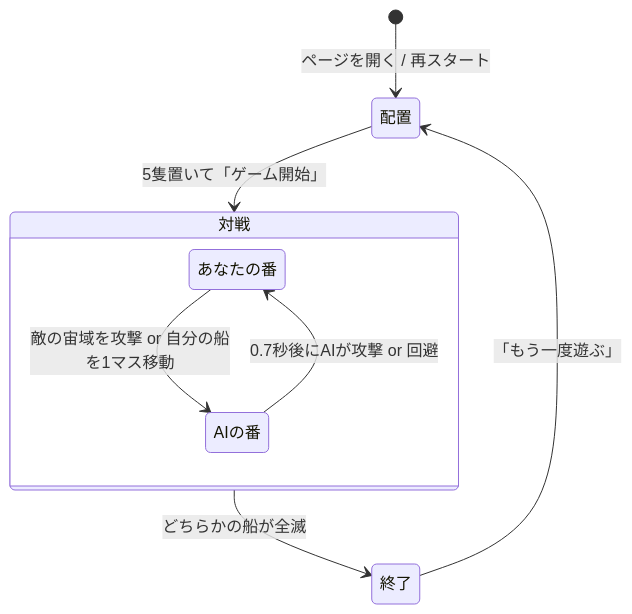
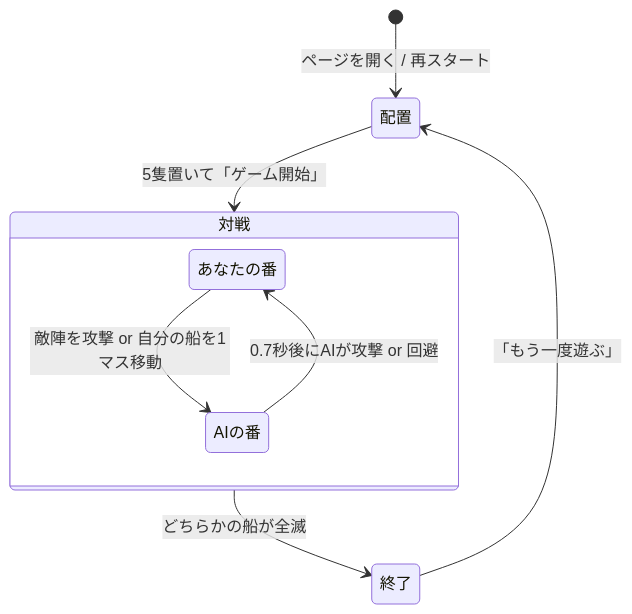
Before and after one commit to lightblue-emyu/battleship-vs-ai: the second of 4 diagrams in docs/how-it-works.md, drawn with Mermaid. The commit also changed other lines of this file and 4 other files, not shown here.

````diff
--- a/docs/how-it-works.md
+++ b/docs/how-it-works.md
@@ -31,11 +31,11 @@
 ```mermaid
 stateDiagram-v2
   [*] --> 配置: ページを開く / 再スタート
   配置 --> 対戦: 5隻置いて「ゲーム開始」
   state 対戦 {
-    あなたの番 --> AIの番: 敵の宙域を攻撃 or 自分の船を1マス移動
+    あなたの番 --> AIの番: 敵陣を攻撃 or 自分の船を1マス移動
     AIの番 --> あなたの番: 0.7秒後にAIが攻撃 or 回避
   }
   対戦 --> 終了: どちらかの船が全滅
   終了 --> 配置: 「もう一度遊ぶ」
 ```
````
